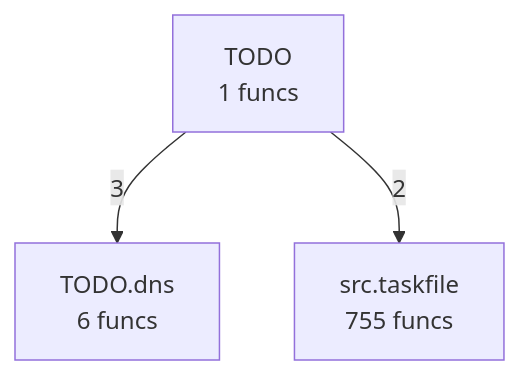
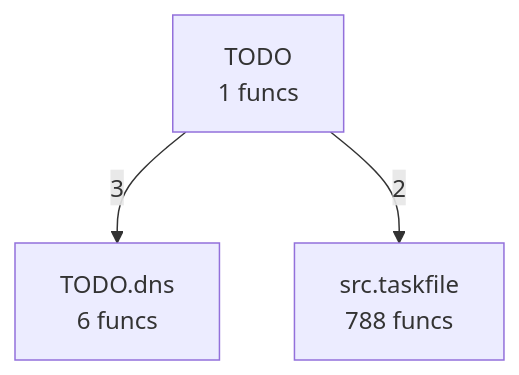
Before and after one commit to pyfunc/taskfile: the diagram in project/compact_flow.mmd, drawn with Mermaid. The commit also changed 41 other files, not shown here.

```diff
--- a/project/compact_flow.mmd
+++ b/project/compact_flow.mmd
@@ -1,6 +1,6 @@
 flowchart TD
     TODO["TODO<br/>1 funcs"]
     TODO_dns["TODO.dns<br/>6 funcs"]
-    src_taskfile["src.taskfile<br/>755 funcs"]
+    src_taskfile["src.taskfile<br/>788 funcs"]
     TODO -->|3| TODO_dns
     TODO -->|2| src_taskfile
```
